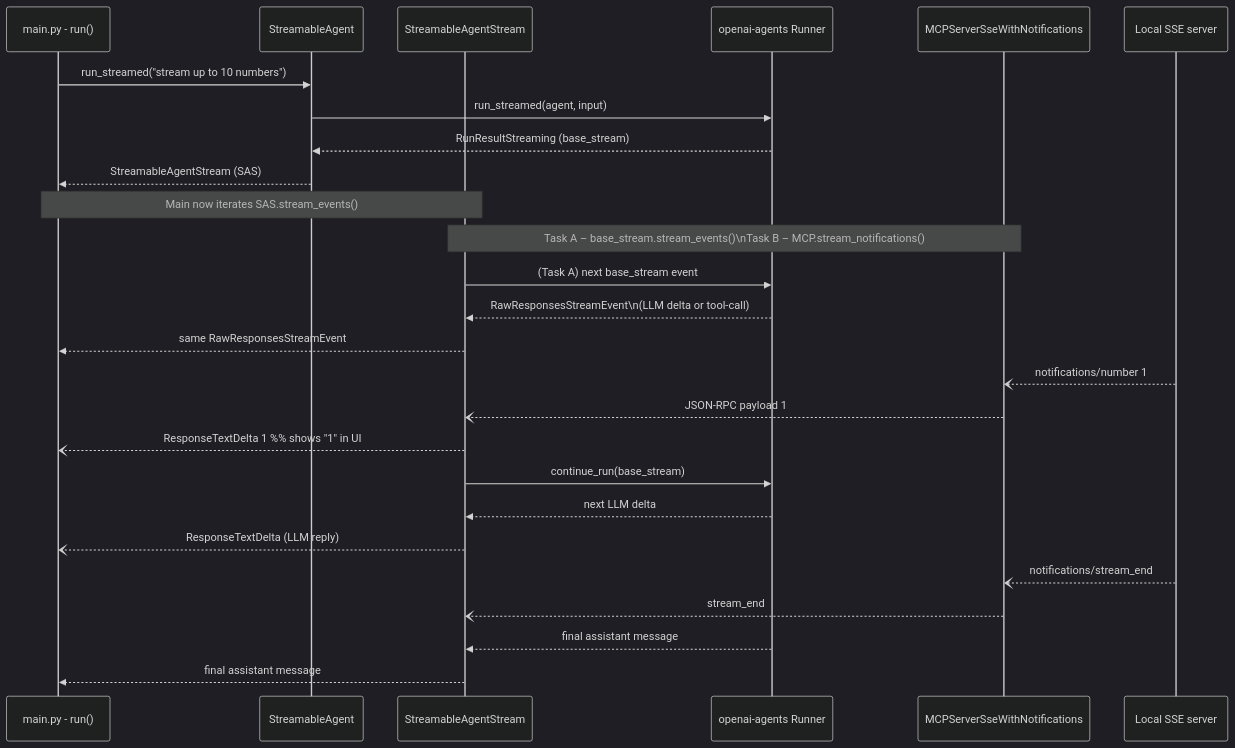
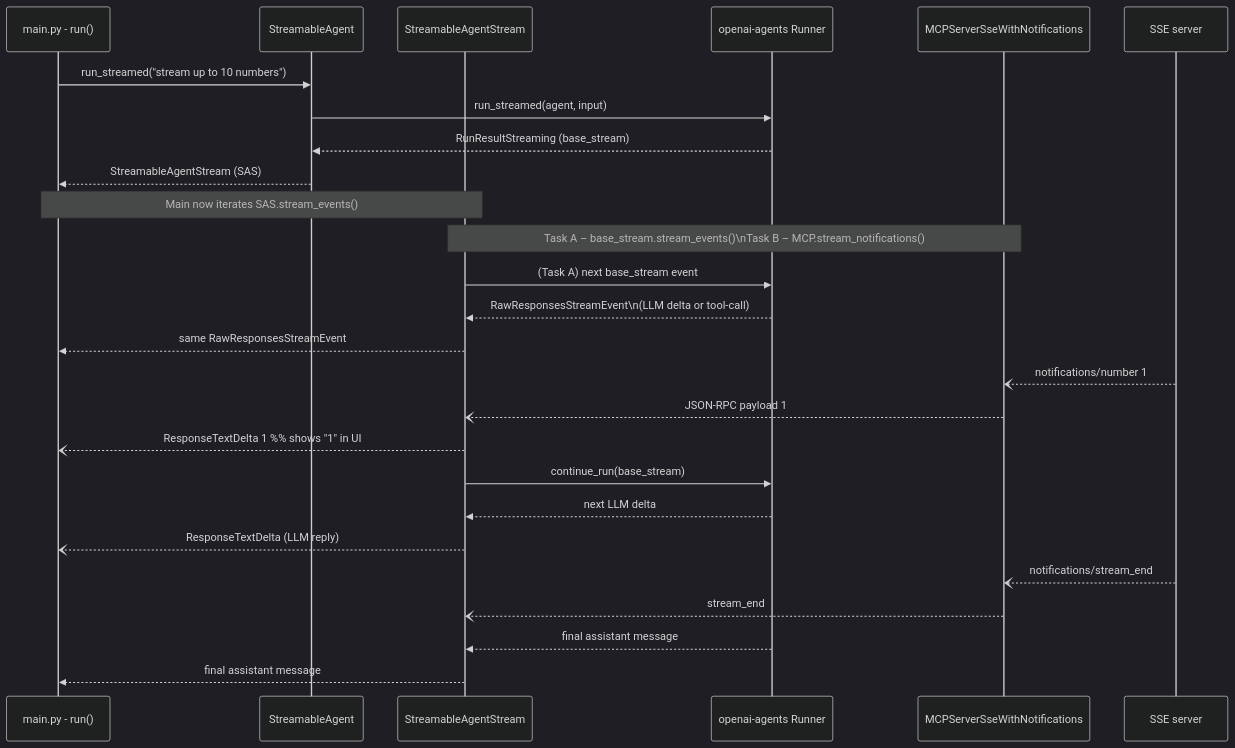
One commit to josephbharrison/streamable-mcp-client changed the diagram in README.md. Above: the diagram before and after it, drawn with Mermaid (dark theme). The commit also changed other lines of this file, not shown here.

````diff
--- a/README.md
+++ b/README.md
@@ -127,44 +105,44 @@
 ```mermaid
 sequenceDiagram
     %% participants are concrete classes / files
     participant Main     as main.py ‑ run()
     participant SA       as StreamableAgent
     participant SAS      as StreamableAgentStream
     participant Runner   as openai‑agents Runner
     participant MCP      as MCPServerSseWithNotifications
-    participant SSE      as Local SSE server
+    participant SSE      as SSE server
 
     %% 1. construction
     Main ->> SA: run_streamed("stream up to 10 numbers")
     SA   ->> Runner: run_streamed(agent, input)
     Runner -->> SA: RunResultStreaming (base_stream)
     SA  -->> Main: StreamableAgentStream (SAS)
 
     Note over Main,SAS: Main now iterates SAS.stream_events()
 
     %% 2. SAS starts two async tasks
     Note over SAS,MCP: Task A – base_stream.stream_events()\nTask B – MCP.stream_notifications()
 
     %% 3A. normal agent streaming
     SAS ->> Runner: (Task A) next base_stream event
     Runner -->> SAS: RawResponsesStreamEvent\n(LLM delta or tool‑call)
     SAS -->> Main: same RawResponsesStreamEvent
 
     %% 3B. notification streaming
     SSE --) MCP: notifications/number 1
     MCP --) SAS: JSON‑RPC payload 1
     SAS --) Main: ResponseTextDelta 1          %% shows "1" in UI
 
     %% 4. SAS commits chunk to history and advances agent
     SAS ->> Runner: continue_run(base_stream)
     Runner -->> SAS: next LLM delta
     SAS --) Main: ResponseTextDelta (LLM reply)
 
     %% … numbers 2‑10 flow identically …
 
     %% 5. stream ends
     SSE --) MCP: notifications/stream_end
     MCP --) SAS: stream_end
     Runner -->> SAS: final assistant message
     SAS -->> Main: final assistant message
 ```
````
